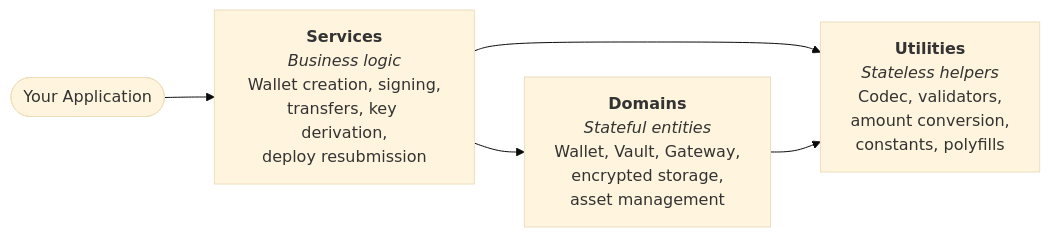
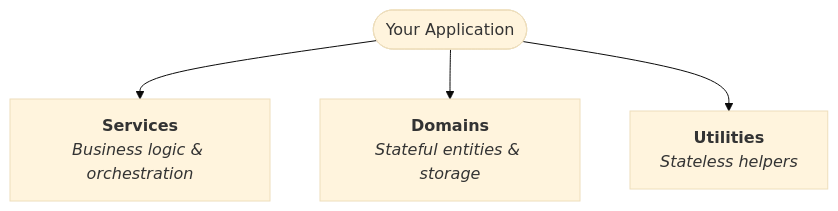
The second of 6 diagrams in wallet-sdk/overview/index.md (asi-alliance/asi-chain-docs-portal), drawn with Mermaid (base theme) before and after one commit. The commit also changed other lines of this file, not shown here.

Commit message:
[AS-571] Add 6 tree-style mermaid diagram variations

````diff
--- a/wallet-sdk/overview/index.md
+++ b/wallet-sdk/overview/index.md
@@ -100,8 +101,8 @@
 ```mermaid
-graph LR
+flowchart TB
     A(["Your Application"])
-    A --> S["<b>Services</b><br/><i>Business logic</i><br/>Wallet creation, signing,<br/>transfers, key derivation,<br/>deploy resubmission"]
-    S --> D["<b>Domains</b><br/><i>Stateful entities</i><br/>Wallet, Vault, Gateway,<br/>encrypted storage,<br/>asset management"]
-    S --> U["<b>Utilities</b><br/><i>Stateless helpers</i><br/>Codec, validators,<br/>amount conversion,<br/>constants, polyfills"]
-    D --> U
+
+    A --> S["<b>Services</b><br/><i>Business logic &amp; orchestration</i>"]
+    A --> D["<b>Domains</b><br/><i>Stateful entities &amp; storage</i>"]
+    A --> U["<b>Utilities</b><br/><i>Stateless helpers</i>"]
 ```
````
